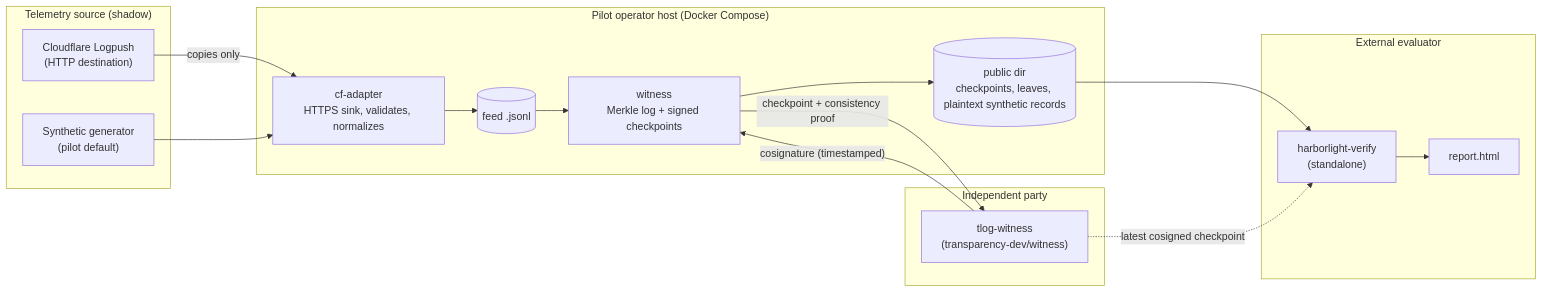
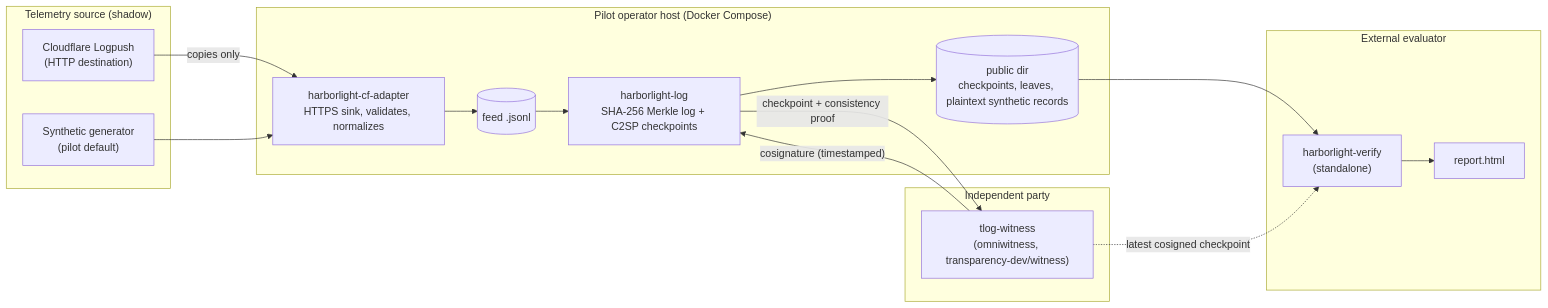
The diagram in docs/stage2/STAGE2-PLAN.md (bigblue-r4/kiss-protocol), drawn with Mermaid before and after one commit. The commit also changed other lines of this file and 14 other files, not shown here.

````diff
--- a/docs/stage2/STAGE2-PLAN.md
+++ b/docs/stage2/STAGE2-PLAN.md
@@ -88,29 +153,29 @@
 ```mermaid
 flowchart LR
   subgraph Source["Telemetry source (shadow)"]
     CF["Cloudflare Logpush<br/>(HTTP destination)"]
     SYN["Synthetic generator<br/>(pilot default)"]
   end
   subgraph Operator["Pilot operator host (Docker Compose)"]
-    AD["cf-adapter<br/>HTTPS sink, validates, normalizes"]
+    AD["harborlight-cf-adapter<br/>HTTPS sink, validates, normalizes"]
     FEED[("feed .jsonl")]
-    W["witness<br/>Merkle log + signed checkpoints"]
+    W["harborlight-log<br/>SHA-256 Merkle log + C2SP checkpoints"]
     PUB[("public dir<br/>checkpoints, leaves, plaintext synthetic records")]
   end
   subgraph Independent["Independent party"]
-    WIT["tlog-witness<br/>(transparency-dev/witness)"]
+    WIT["tlog-witness<br/>(omniwitness, transparency-dev/witness)"]
   end
   subgraph Evaluator["External evaluator"]
     V["harborlight-verify<br/>(standalone)"]
     R["report.html"]
   end
   CF -- "copies only" --> AD
   SYN --> AD
   AD --> FEED --> W
   W -- "checkpoint + consistency proof" --> WIT
   WIT -- "cosignature (timestamped)" --> W
   W --> PUB
   PUB --> V
   WIT -. "latest cosigned checkpoint" .-> V
   V --> R
 ```
````
